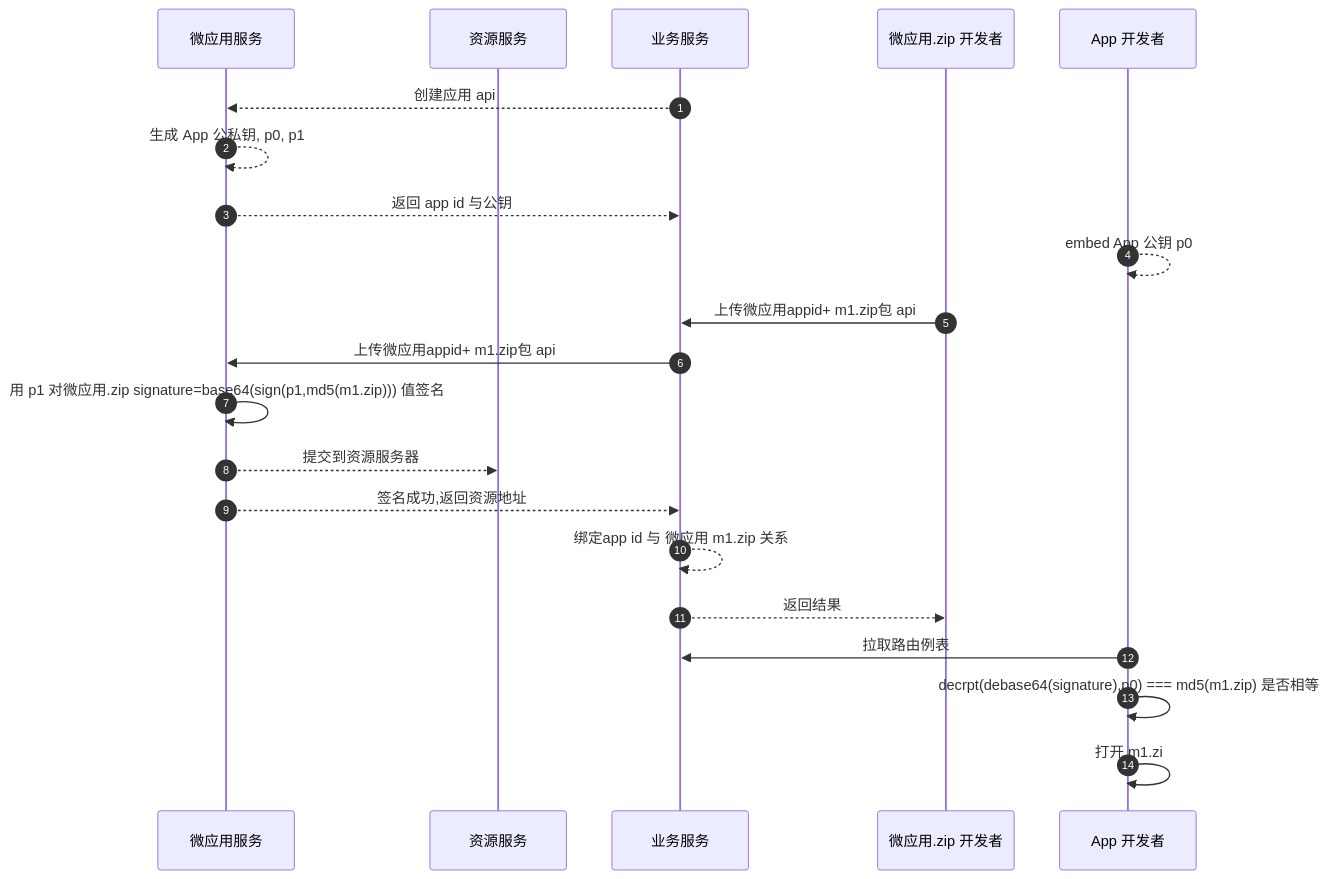
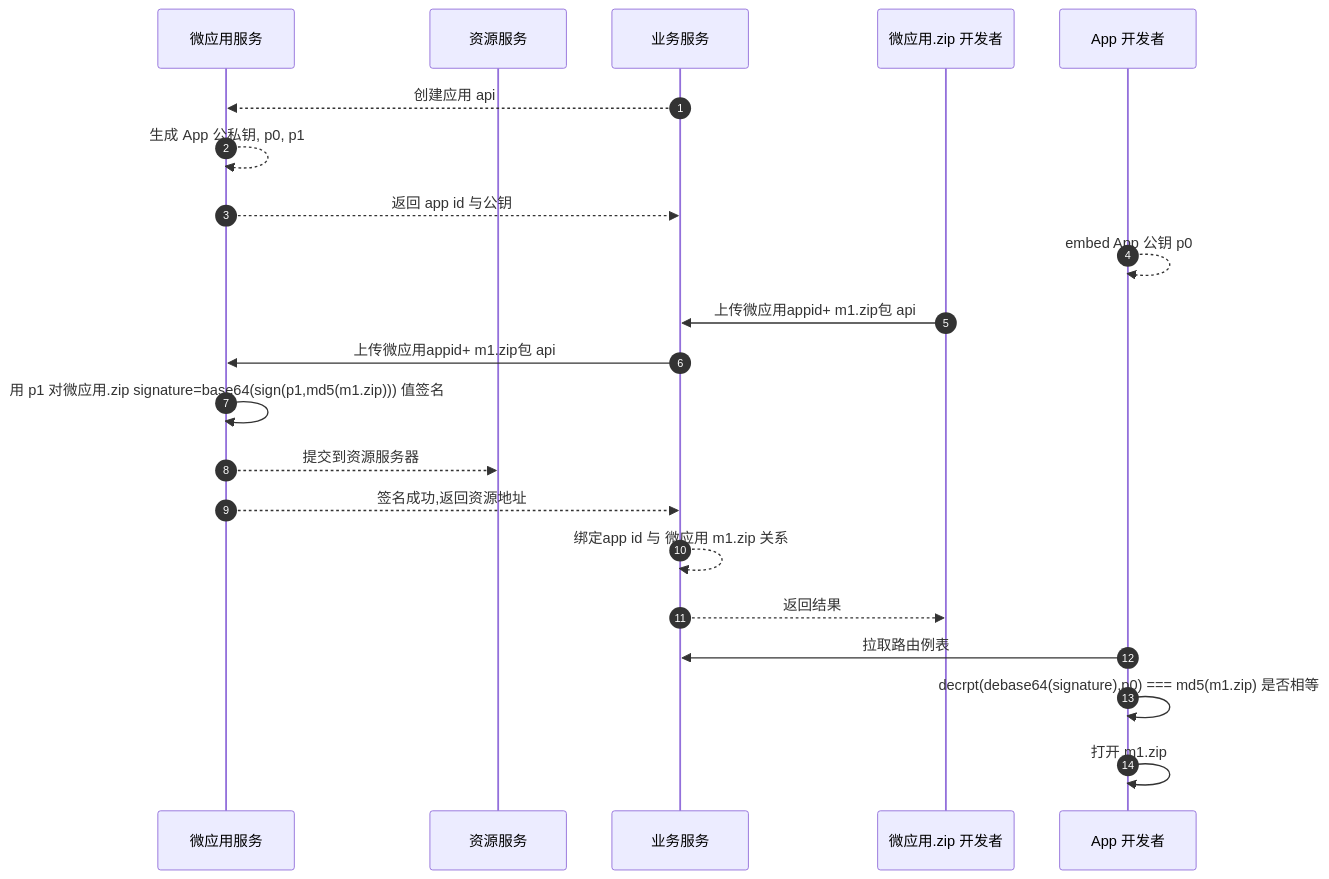
Before and after one commit to zk4/x-engine: the first of 7 diagrams in modules/x-engine-docs/todos-1.0.md, drawn with Mermaid. The commit also changed other lines of this file and 386 other files, not shown here.

````diff
--- a/modules/x-engine-docs/todos-1.0.md
+++ b/modules/x-engine-docs/todos-1.0.md
@@ -75,27 +112,27 @@
 ``` mermaid
 sequenceDiagram
 	  autonumber
     participant s as 微应用服务 
     participant r as 资源服务
     participant b as 业务服务
 	  participant u as 微应用.zip 开发者  
     participant a as App 开发者
 
 
     b-->>s: 创建应用 api
    	s-->>s: 生成 App 公私钥, p0, p1
 		s-->>b: 返回 app id 与公钥
    	a-->>a: embed App 公钥 p0
    	u->>b: 上传微应用appid+ m1.zip包 api
    	b->>s: 上传微应用appid+ m1.zip包 api
    	s->>s: 用 p1 对微应用.zip signature=base64(sign(p1,md5(m1.zip))) 值签名 
 	  s-->>r: 提交到资源服务器
 	  s-->>b: 签名成功,返回资源地址
 	  b-->>b: 绑定app id 与 微应用 m1.zip 关系
 	  b-->>u: 返回结果
 	  
 	  a->>b: 拉取路由例表
 
 	  a->>a: 	decrpt(debase64(signature),p0) === md5(m1.zip) 是否相等
-    a->>a: 打开  m1.zi
+    a->>a: 打开  m1.zip
 ```
````
